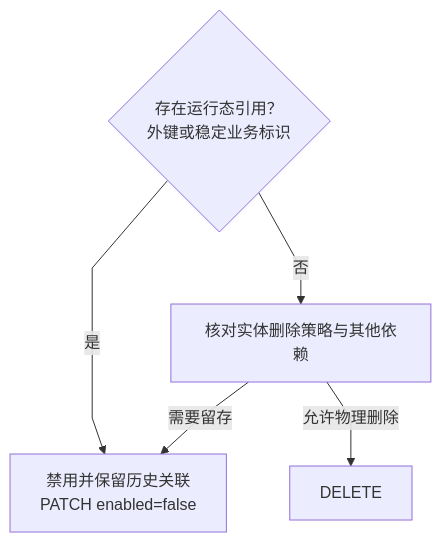
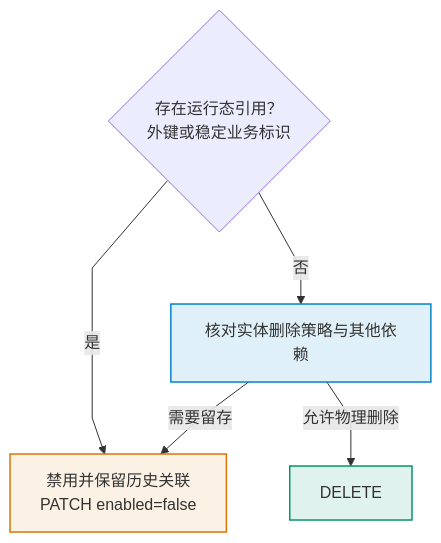
Before and after one commit to pinpols/file-batch-system: the third of 3 diagrams in docs/coding-conventions.md, drawn with Mermaid. The commit also changed 34 other files, not shown here.

First line of the commit message:
docs(diagram): 完成 P3 Mermaid 图样式收口并补充制图规范 (#1390)

````diff
--- a/docs/coding-conventions.md
+++ b/docs/coding-conventions.md
@@ -486,9 +486,13 @@
 ```mermaid
 %%{init: {"flowchart":{"curve":"linear","nodeSpacing":32,"rankSpacing":48},"sequence":{"mirrorActors":false}}}%%
 flowchart TD
   Reference{"存在运行态引用？<br/>外键或稳定业务标识"}
-  Reference -->|"是"| Disable["禁用并保留历史关联<br/>PATCH enabled=false"]
-  Reference -->|"否"| Policy["核对实体删除策略与其他依赖"]
-  Policy -->|"允许物理删除"| Delete["DELETE"]
+  Reference -->|"是"| Disable["禁用并保留历史关联<br/>PATCH enabled=false"]:::wait
+  Reference -->|"否"| Policy["核对实体删除策略与其他依赖"]:::control
+  Policy -->|"允许物理删除"| Delete["DELETE"]:::ok
   Policy -->|"需要留存"| Disable
+
+  classDef control fill:#0284c71f,stroke:#0284c7,stroke-width:1.5px
+  classDef ok fill:#0596691f,stroke:#059669,stroke-width:1.5px
+  classDef wait fill:#d977061a,stroke:#d97706,stroke-width:1.5px
 ```
````
